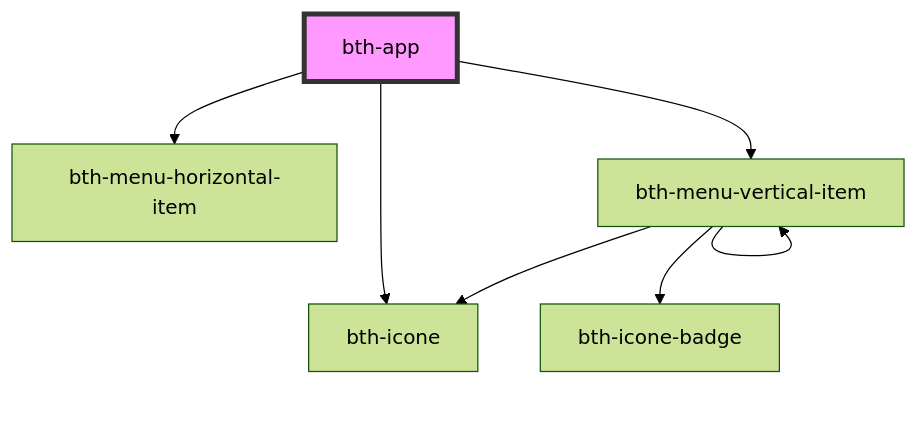
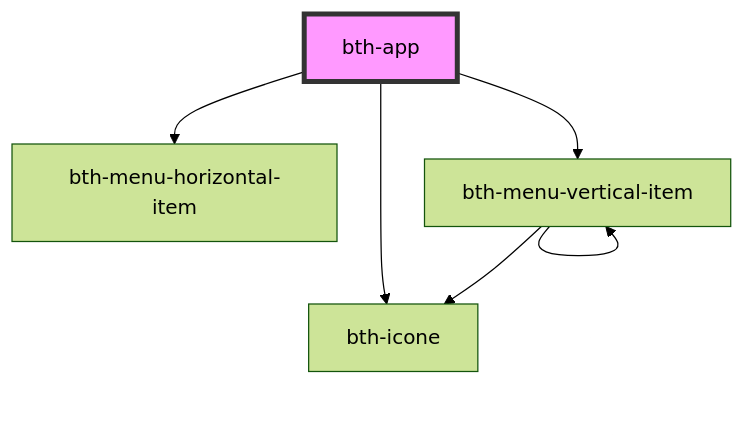
Before and after one commit to betha-plataforma/estrutura-componentes: the diagram in src/components/app/readme.md, drawn with Mermaid (forest theme). The commit also changed 8 other files, not shown here.

Commit message:
NOP-3083 - Simplifica adição de badge em ícone do menu e corrige bug

````diff
--- a/src/components/app/readme.md
+++ b/src/components/app/readme.md
@@ -173,10 +173,9 @@
 ```mermaid
 graph TD;
   bth-app --> bth-icone
   bth-app --> bth-menu-horizontal-item
   bth-app --> bth-menu-vertical-item
-  bth-menu-vertical-item --> bth-icone-badge
   bth-menu-vertical-item --> bth-icone
   bth-menu-vertical-item --> bth-menu-vertical-item
   style bth-app fill:#f9f,stroke:#333,stroke-width:4px
 ```
````
